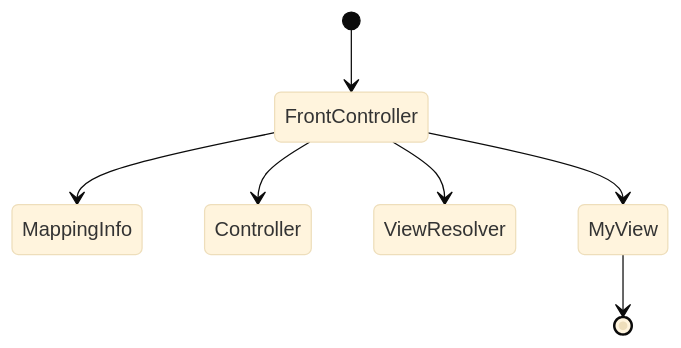
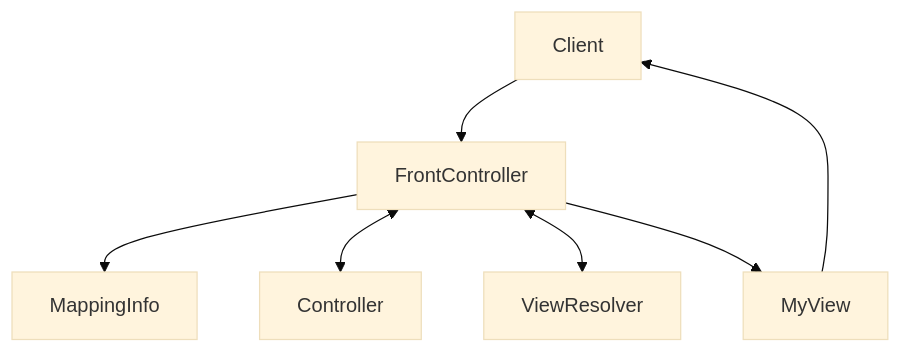
One commit to choiexe1/blog changed the third of 3 diagrams in content/Resources/프로그래밍/Java/3. Spring/2. MVC 1편/4. MVC 프레임워크 만들기.md. Above: the diagram before and after it, drawn with Mermaid (base theme).

Commit message:
vault backup: 2024-11-21 18:45:40

````diff
--- a/content/Resources/프로그래밍/Java/3. Spring/2. MVC 1편/4. MVC 프레임워크 만들기.md
+++ b/content/Resources/프로그래밍/Java/3. Spring/2. MVC 1편/4. MVC 프레임워크 만들기.md
@@ -300,9 +300,9 @@
 ```mermaid
-stateDiagram-v2
-[*] --> FrontController
+flowchart
+Client --> FrontController
 FrontController --> MappingInfo
-FrontController --> Controller
-FrontController --> ViewResolver
+FrontController <--> Controller
+FrontController <--> ViewResolver
 FrontController --> MyView
-MyView --> [*]
+MyView --> Client
 ```
````
